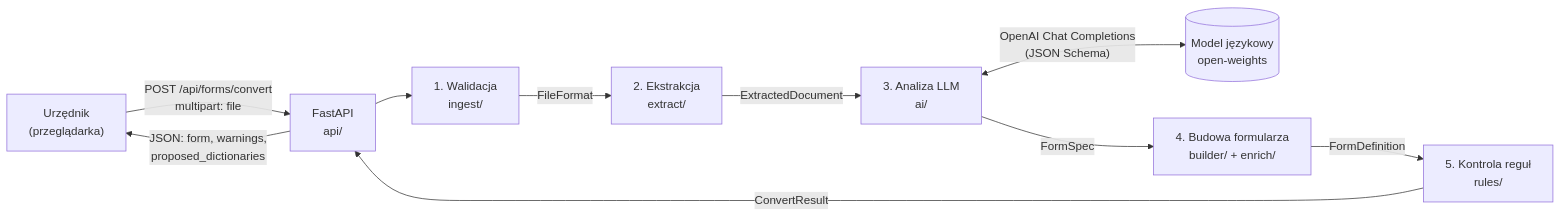
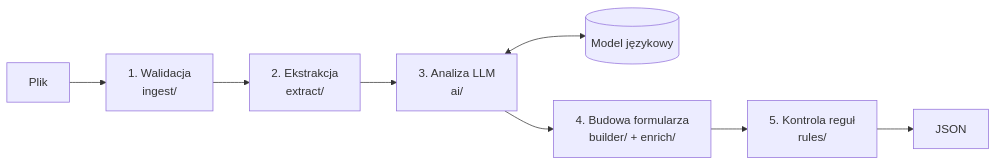
The diagram in docs/architektura.md (akai-org/HN2026), drawn with Mermaid before and after one commit. The commit also changed other lines of this file and 1 other file, not shown here.

````diff
--- a/docs/architektura.md
+++ b/docs/architektura.md
@@ -13,12 +8,10 @@
 ```mermaid
 flowchart LR
-  U["Urzędnik<br/>(przeglądarka)"] -->|"POST /api/forms/convert<br/>multipart: file"| API["FastAPI<br/>api/"]
-  API --> V["1. Walidacja<br/>ingest/"]
-  V -->|"FileFormat"| E["2. Ekstrakcja<br/>extract/"]
-  E -->|"ExtractedDocument"| A["3. Analiza LLM<br/>ai/"]
-  A <-->|"OpenAI Chat Completions<br/>(JSON Schema)"| LLM[("Model językowy<br/>open-weights")]
-  A -->|"FormSpec"| B["4. Budowa formularza<br/>builder/ + enrich/"]
-  B -->|"FormDefinition"| R["5. Kontrola reguł<br/>rules/"]
-  R -->|"ConvertResult"| API
-  API -->|"JSON: form, warnings,<br/>proposed_dictionaries"| U
+  U["Plik"] --> V["1. Walidacja<br/>ingest/"]
+  V --> E["2. Ekstrakcja<br/>extract/"]
+  E --> A["3. Analiza LLM<br/>ai/"]
+  A <--> LLM[("Model językowy")]
+  A --> B["4. Budowa formularza<br/>builder/ + enrich/"]
+  B --> R["5. Kontrola reguł<br/>rules/"]
+  R --> J["JSON"]
 ```
````
